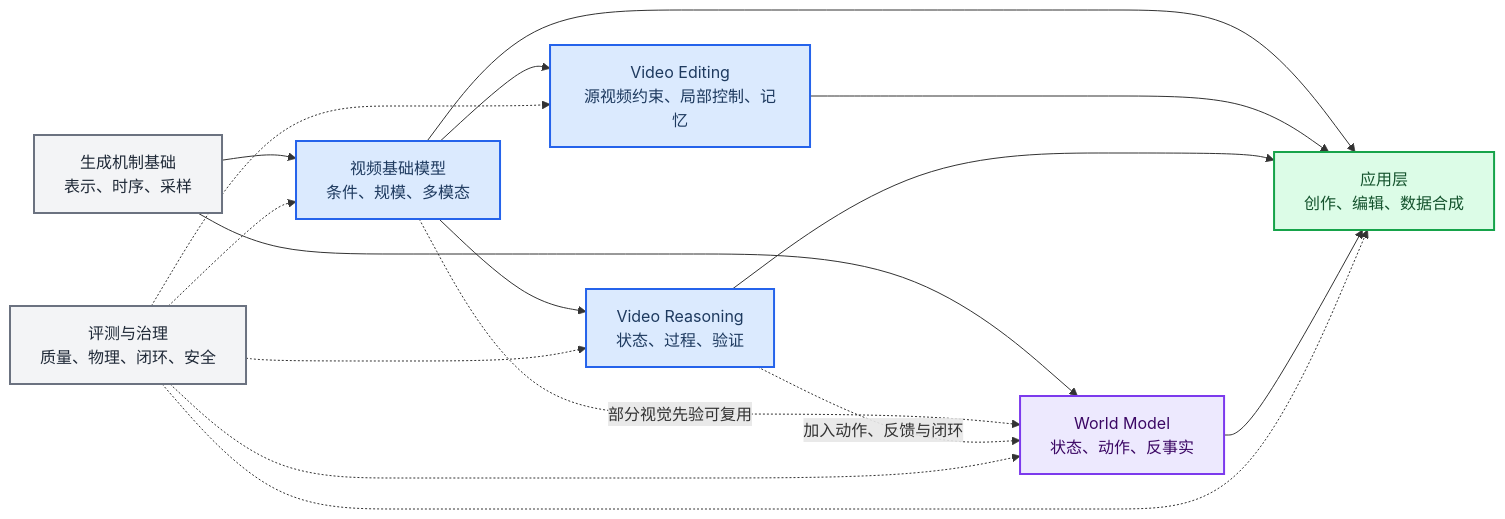
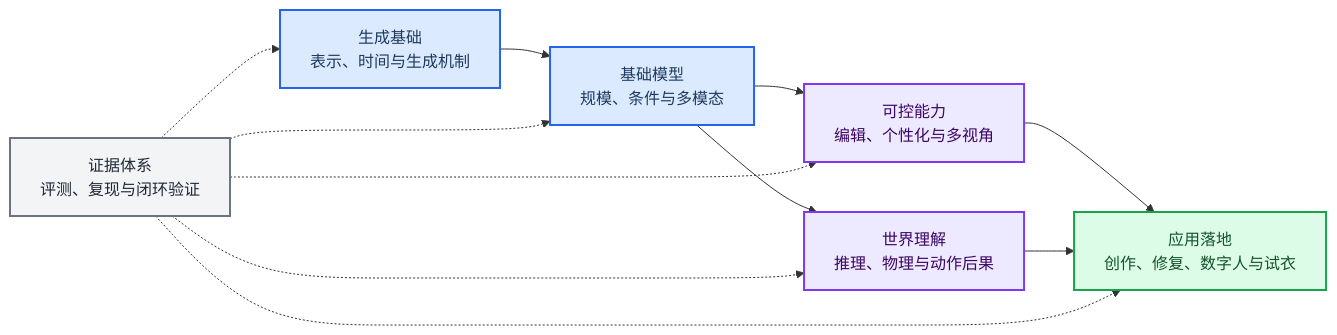
Before and after one commit to GVCLab/Video-Generation-101: the diagram in README.md, drawn with Mermaid. The commit also changed other lines of this file, not shown here.

````diff
--- a/README.md
+++ b/README.md
@@ -50,31 +44,26 @@
-```mermaid
+~~~mermaid
 flowchart LR
-    accTitle: Video Generation 101 知识结构
-    accDescr: 生成机制基础支撑视频基础模型、Video Editing、Video Reasoning 与 World Model。Video Editing 将源视频作为强约束，只改变指定内容；Video Reasoning 要求可验证的状态推演；World Model 还需要动作条件、反事实和闭环效用。各路线共同服务应用，并接受评测与治理约束。
+    accTitle: Video Generation 101 知识全景
+    accDescr: 知识体系从生成基础出发，经过基础模型与可控能力，延伸到视频推理和世界模型，最终服务真实应用；证据体系贯穿各层并约束能力结论。
 
-    generation_foundations["生成机制基础<br/>表示、时序、采样"] --> video_foundation_models["视频基础模型<br/>条件、规模、多模态"]
-    video_foundation_models --> video_editing["Video Editing<br/>源视频约束、局部控制、记忆"]
-    video_foundation_models --> video_reasoning["Video Reasoning<br/>状态、过程、验证"]
-    generation_foundations --> world_models["World Model<br/>状态、动作、反事实"]
-    video_foundation_models -.->|"部分视觉先验可复用"| world_models
-    video_reasoning -.->|"加入动作、反馈与闭环"| world_models
-    video_foundation_models --> applications["应用层<br/>创作、编辑、数据合成"]
-    video_editing --> applications
-    video_reasoning --> applications
-    world_models --> applications
-    evaluation["评测与治理<br/>质量、物理、闭环、安全"] -.-> video_foundation_models
-    evaluation -.-> video_editing
-    evaluation -.-> video_reasoning
-    evaluation -.-> world_models
-    evaluation -.-> applications
+    generation["生成基础<br/>表示、时间与生成机制"] --> foundation["基础模型<br/>规模、条件与多模态"]
+    foundation --> capabilities["可控能力<br/>编辑、个性化与多视角"]
+    foundation --> world["世界理解<br/>推理、物理与动作后果"]
+    capabilities --> applications["应用落地<br/>创作、修复、数字人与试衣"]
+    world --> applications
+    evidence["证据体系<br/>评测、复现与闭环验证"] -.-> generation
+    evidence -.-> foundation
+    evidence -.-> capabilities
+    evidence -.-> world
+    evidence -.-> applications
 
-    classDef foundation fill:#f3f4f6,stroke:#6b7280,stroke-width:2px,color:#1f2937
-    classDef creative fill:#dbeafe,stroke:#2563eb,stroke-width:2px,color:#1e3a5f
-    classDef world fill:#ede9fe,stroke:#7c3aed,stroke-width:2px,color:#3b0764
-    classDef outcome fill:#dcfce7,stroke:#16a34a,stroke-width:2px,color:#14532d
+    classDef foundation_style fill:#dbeafe,stroke:#2563eb,stroke-width:2px,color:#1e3a5f
+    classDef capability_style fill:#ede9fe,stroke:#7c3aed,stroke-width:2px,color:#3b0764
+    classDef outcome_style fill:#dcfce7,stroke:#16a34a,stroke-width:2px,color:#14532d
+    classDef evidence_style fill:#f3f4f6,stroke:#6b7280,stroke-width:2px,color:#1f2937
 
-    class generation_foundations,evaluation foundation
-    class video_foundation_models,video_editing,video_reasoning creative
-    class world_models world
-    class applications outcome
-```
+    class generation,foundation foundation_style
+    class capabilities,world capability_style
+    class applications outcome_style
+    class evidence evidence_style
+~~~
````
